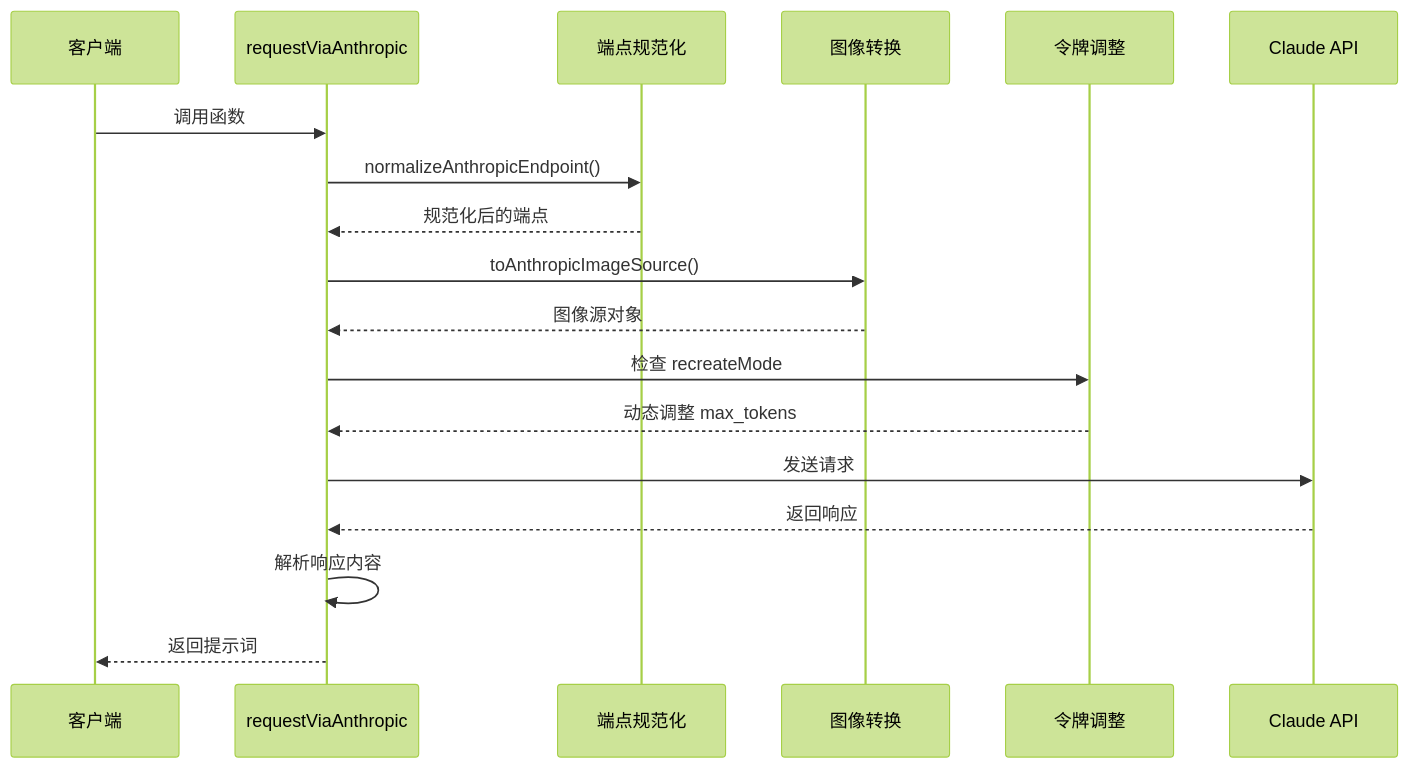
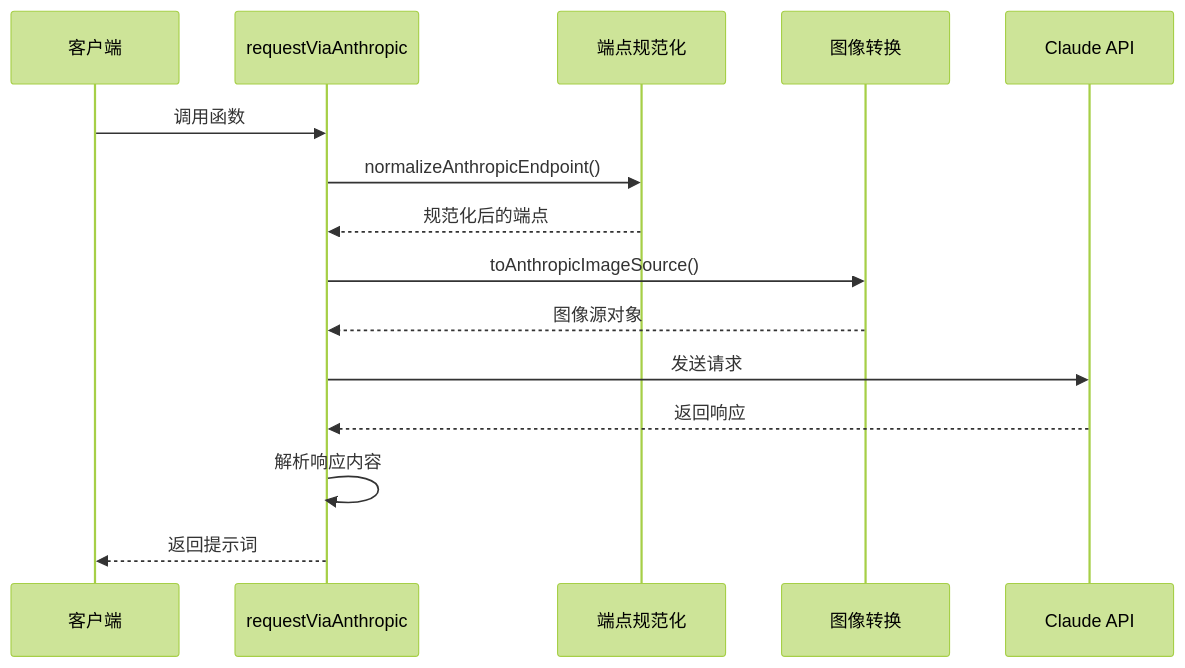
One commit to binasi/Img2Prompt changed the fourth of 9 diagrams in .qoder/repowiki/zh/content/核心功能/AI 模型集成/Anthropic Claude 接口.md. Above: the diagram before and after it, drawn with Mermaid (forest theme). The commit also changed other lines of this file and 8 other files, not shown here.

````diff
--- a/.qoder/repowiki/zh/content/核心功能/AI 模型集成/Anthropic Claude 接口.md
+++ b/.qoder/repowiki/zh/content/核心功能/AI 模型集成/Anthropic Claude 接口.md
@@ -163,20 +155,17 @@
 ```mermaid
 sequenceDiagram
 participant Client as 客户端
 participant Handler as requestViaAnthropic
 participant Endpoint as 端点规范化
 participant Image as 图像转换
-participant Token as 令牌调整
 participant API as Claude API
 Client->>Handler : 调用函数
 Handler->>Endpoint : normalizeAnthropicEndpoint()
 Endpoint-->>Handler : 规范化后的端点
 Handler->>Image : toAnthropicImageSource()
 Image-->>Handler : 图像源对象
-Handler->>Token : 检查 recreateMode
-Token-->>Handler : 动态调整 max_tokens
 Handler->>API : 发送请求
 API-->>Handler : 返回响应
 Handler->>Handler : 解析响应内容
 Handler-->>Client : 返回提示词
 ```
````
